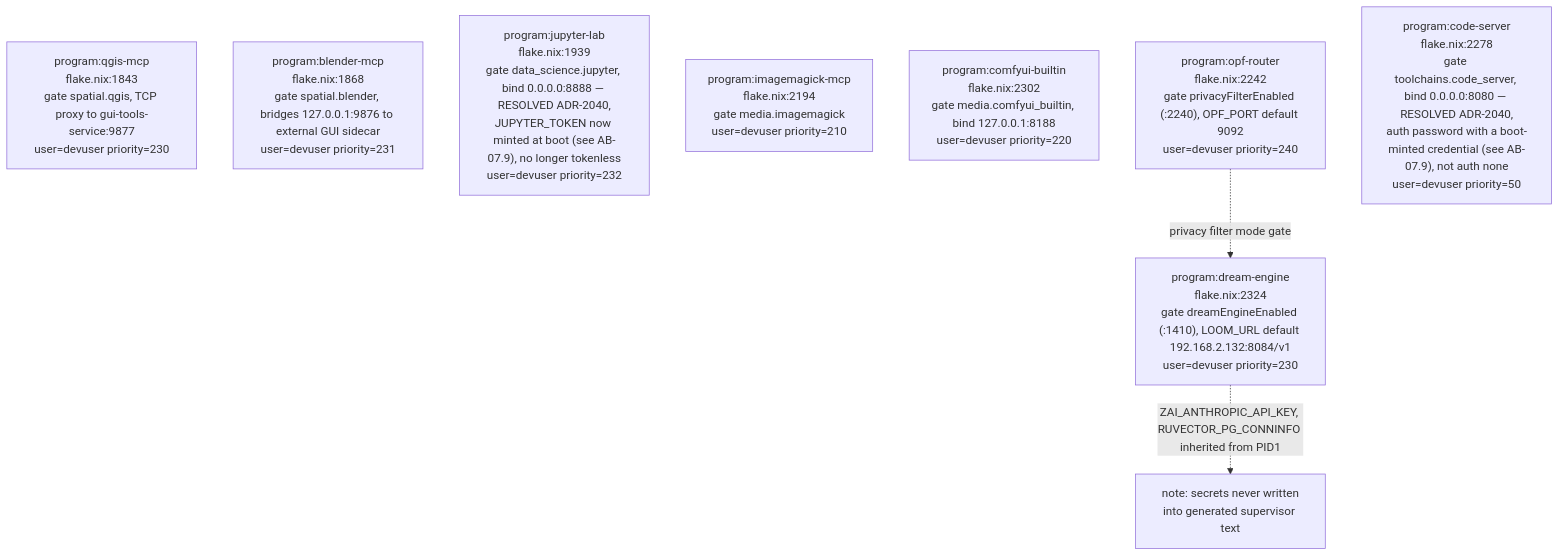
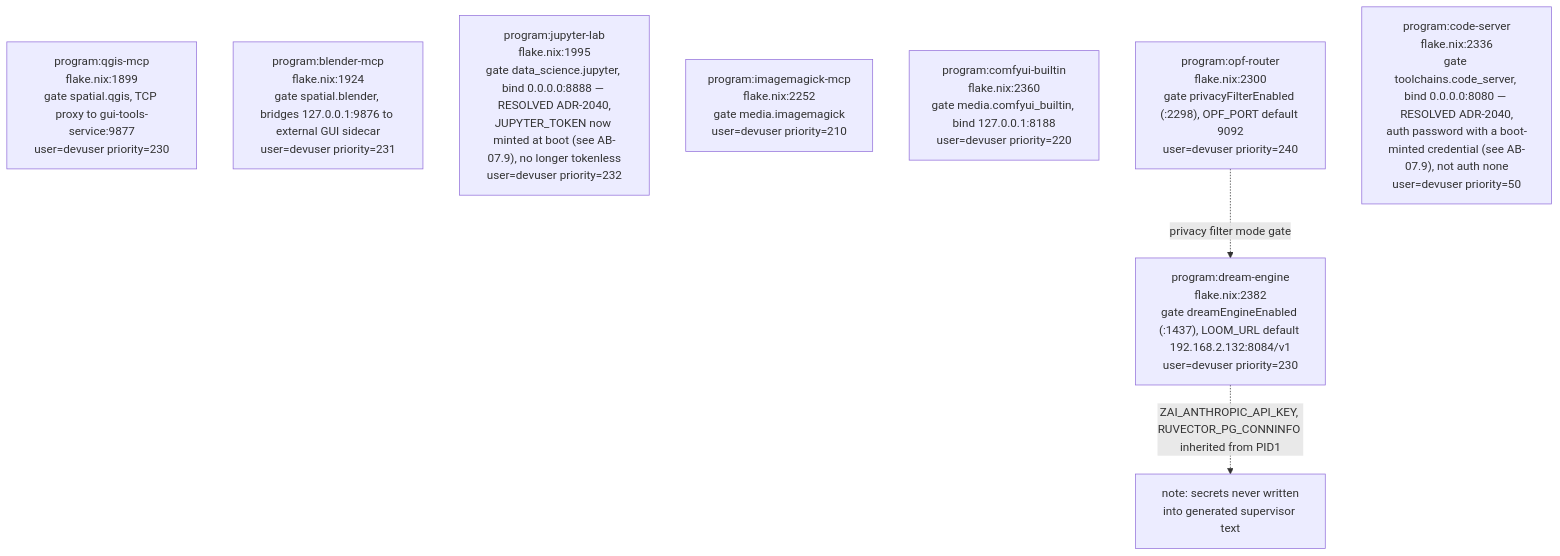
Before and after one commit to DreamLab-AI/VisionFlow: the sixth of 23 diagrams in docs/diagrams/agentbox/02-boot-sequence-and-readiness.md, drawn with Mermaid. The commit also changed other lines of this file and 28 other files, not shown here.

````diff
--- a/docs/diagrams/agentbox/02-boot-sequence-and-readiness.md
+++ b/docs/diagrams/agentbox/02-boot-sequence-and-readiness.md
@@ -225,14 +232,14 @@
 ```mermaid
 flowchart TB
-    QGIS["program:qgis-mcp<br/>flake.nix:1843<br/>gate spatial.qgis, TCP proxy to gui-tools-service:9877<br/>user=devuser priority=230"]
-    BLEND["program:blender-mcp<br/>flake.nix:1868<br/>gate spatial.blender, bridges 127.0.0.1:9876 to external GUI sidecar<br/>user=devuser priority=231"]
-    JLAB["program:jupyter-lab<br/>flake.nix:1939<br/>gate data_science.jupyter, bind 0.0.0.0:8888 — RESOLVED ADR-2040,<br/>JUPYTER_TOKEN now minted at boot (see AB-07.9), no longer tokenless<br/>user=devuser priority=232"]
-    IMGM["program:imagemagick-mcp<br/>flake.nix:2194<br/>gate media.imagemagick<br/>user=devuser priority=210"]
-    COMFY["program:comfyui-builtin<br/>flake.nix:2302<br/>gate media.comfyui_builtin, bind 127.0.0.1:8188<br/>user=devuser priority=220"]
-    OPF["program:opf-router<br/>flake.nix:2242<br/>gate privacyFilterEnabled (:2240), OPF_PORT default 9092<br/>user=devuser priority=240"]
-    DREAM["program:dream-engine<br/>flake.nix:2324<br/>gate dreamEngineEnabled (:1410), LOOM_URL default 192.168.2.132:8084/v1<br/>user=devuser priority=230"]
-    CODES["program:code-server<br/>flake.nix:2278<br/>gate toolchains.code_server, bind 0.0.0.0:8080 — RESOLVED ADR-2040,<br/>auth password with a boot-minted credential (see AB-07.9), not auth none<br/>user=devuser priority=50"]
+    QGIS["program:qgis-mcp<br/>flake.nix:1899<br/>gate spatial.qgis, TCP proxy to gui-tools-service:9877<br/>user=devuser priority=230"]
+    BLEND["program:blender-mcp<br/>flake.nix:1924<br/>gate spatial.blender, bridges 127.0.0.1:9876 to external GUI sidecar<br/>user=devuser priority=231"]
+    JLAB["program:jupyter-lab<br/>flake.nix:1995<br/>gate data_science.jupyter, bind 0.0.0.0:8888 — RESOLVED ADR-2040,<br/>JUPYTER_TOKEN now minted at boot (see AB-07.9), no longer tokenless<br/>user=devuser priority=232"]
+    IMGM["program:imagemagick-mcp<br/>flake.nix:2252<br/>gate media.imagemagick<br/>user=devuser priority=210"]
+    COMFY["program:comfyui-builtin<br/>flake.nix:2360<br/>gate media.comfyui_builtin, bind 127.0.0.1:8188<br/>user=devuser priority=220"]
+    OPF["program:opf-router<br/>flake.nix:2300<br/>gate privacyFilterEnabled (:2298), OPF_PORT default 9092<br/>user=devuser priority=240"]
+    DREAM["program:dream-engine<br/>flake.nix:2382<br/>gate dreamEngineEnabled (:1437), LOOM_URL default 192.168.2.132:8084/v1<br/>user=devuser priority=230"]
+    CODES["program:code-server<br/>flake.nix:2336<br/>gate toolchains.code_server, bind 0.0.0.0:8080 — RESOLVED ADR-2040,<br/>auth password with a boot-minted credential (see AB-07.9), not auth none<br/>user=devuser priority=50"]
 
     OPF -.->|"privacy filter mode gate"| DREAM
     DREAM -.->|"ZAI_ANTHROPIC_API_KEY, RUVECTOR_PG_CONNINFO inherited from PID1"| RVNOTE["note: secrets never written<br/>into generated supervisor text"]
 ```
````
